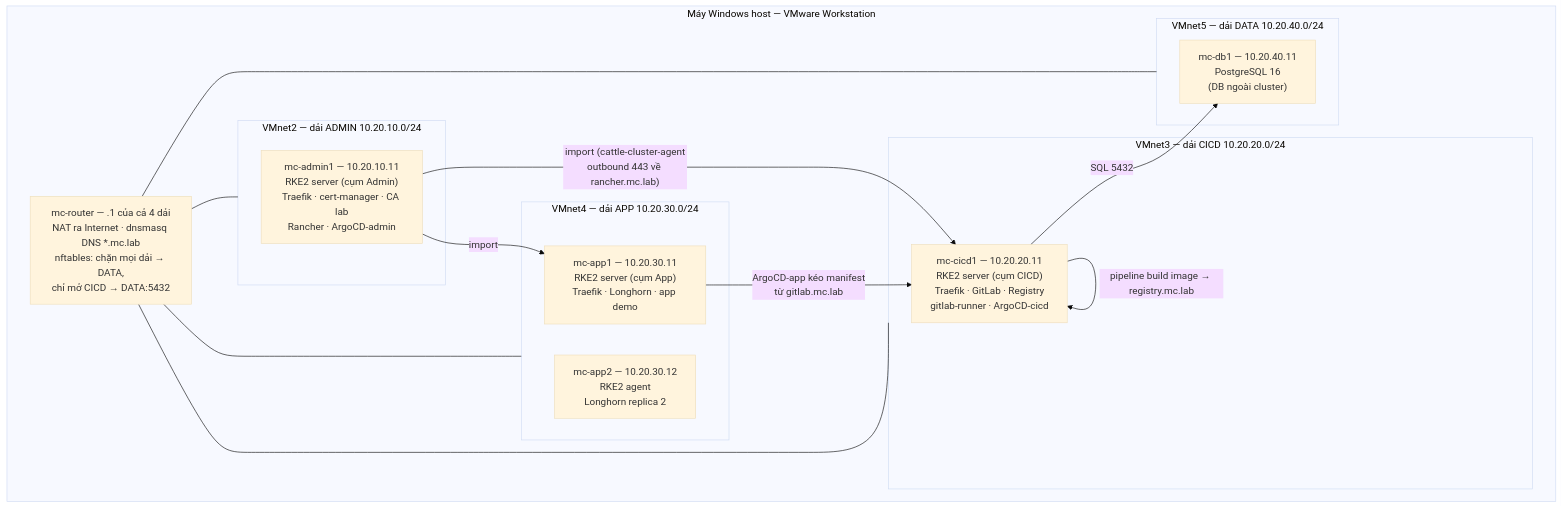
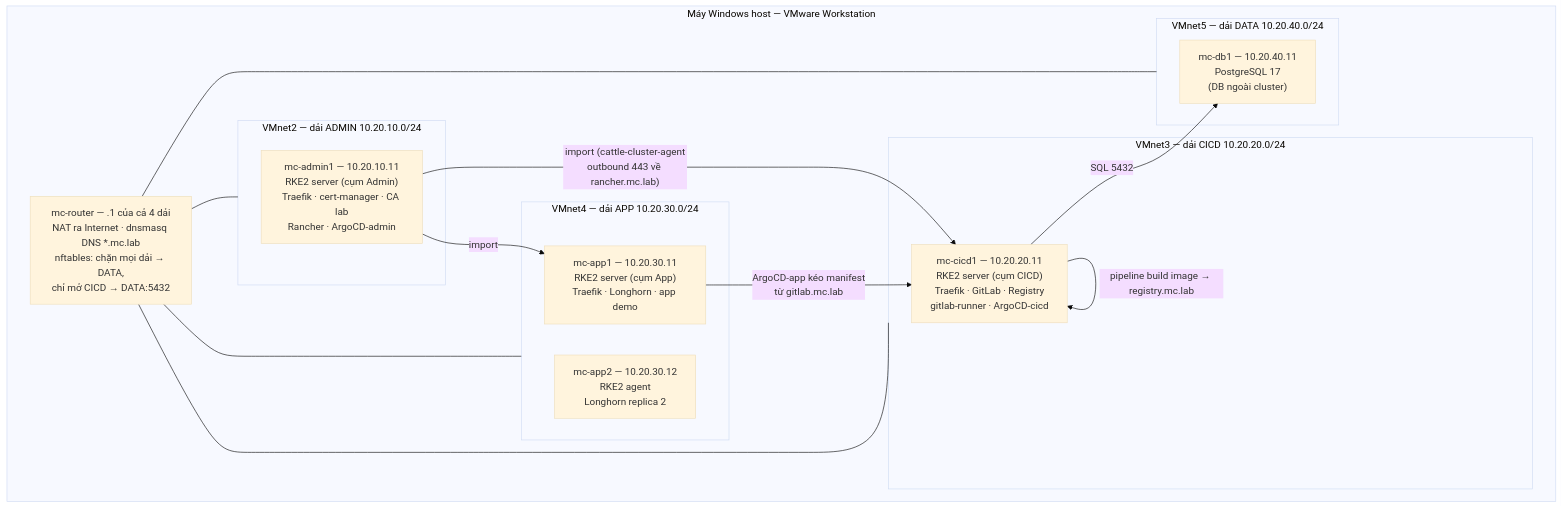
Before and after one commit to hieupham259/ansible_playbook_k8s-installation: the diagram in rke2-multi-cluster-labs/LAB-M1-BA-CUM-RKE2-RANCHER-GITLAB.md, drawn with Mermaid (base theme). The commit also changed other lines of this file and 3 other files, not shown here.

````diff
--- a/rke2-multi-cluster-labs/LAB-M1-BA-CUM-RKE2-RANCHER-GITLAB.md
+++ b/rke2-multi-cluster-labs/LAB-M1-BA-CUM-RKE2-RANCHER-GITLAB.md
@@ -22,28 +27,28 @@
 ```mermaid
 flowchart TB
     subgraph HOST["Máy Windows host — VMware Workstation"]
         subgraph NET_ADMIN["VMnet2 — dải ADMIN 10.20.10.0/24"]
             ADMIN1["mc-admin1 — 10.20.10.11<br/>RKE2 server (cụm Admin)<br/>Traefik · cert-manager · CA lab<br/>Rancher · ArgoCD-admin"]
         end
         subgraph NET_CICD["VMnet3 — dải CICD 10.20.20.0/24"]
             CICD1["mc-cicd1 — 10.20.20.11<br/>RKE2 server (cụm CICD)<br/>Traefik · GitLab · Registry<br/>gitlab-runner · ArgoCD-cicd"]
         end
         subgraph NET_APP["VMnet4 — dải APP 10.20.30.0/24"]
             APP1["mc-app1 — 10.20.30.11<br/>RKE2 server (cụm App)<br/>Traefik · Longhorn · app demo"]
             APP2["mc-app2 — 10.20.30.12<br/>RKE2 agent<br/>Longhorn replica 2"]
         end
         subgraph NET_DATA["VMnet5 — dải DATA 10.20.40.0/24"]
-            DB1["mc-db1 — 10.20.40.11<br/>PostgreSQL 16<br/>(DB ngoài cluster)"]
+            DB1["mc-db1 — 10.20.40.11<br/>PostgreSQL 17<br/>(DB ngoài cluster)"]
         end
         ROUTER["mc-router — .1 của cả 4 dải<br/>NAT ra Internet · dnsmasq DNS *.mc.lab<br/>nftables: chặn mọi dải → DATA,<br/>chỉ mở CICD → DATA:5432"]
     end
     ROUTER --- NET_ADMIN
     ROUTER --- NET_CICD
     ROUTER --- NET_APP
     ROUTER --- NET_DATA
     ADMIN1 -- "import (cattle-cluster-agent<br/>outbound 443 về rancher.mc.lab)" --> CICD1
     ADMIN1 -- "import" --> APP1
     CICD1 -- "SQL 5432" --> DB1
     CICD1 -- "pipeline build image → registry.mc.lab" --> CICD1
     APP1 -- "ArgoCD-app kéo manifest<br/>từ gitlab.mc.lab" --> CICD1
 ```
````
